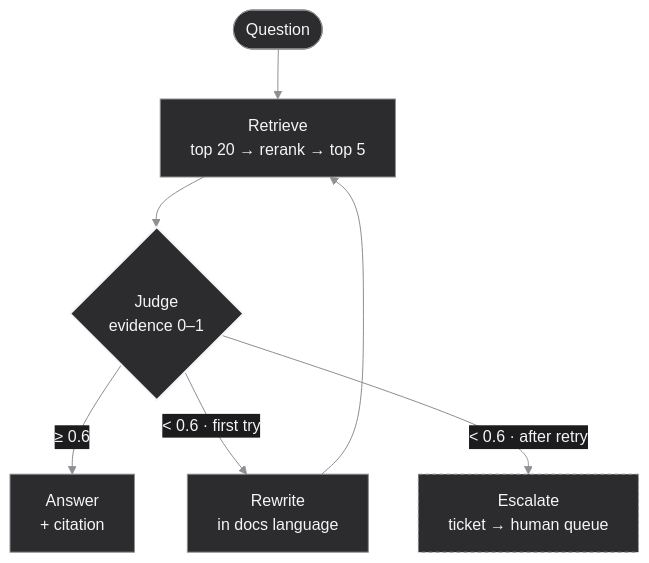
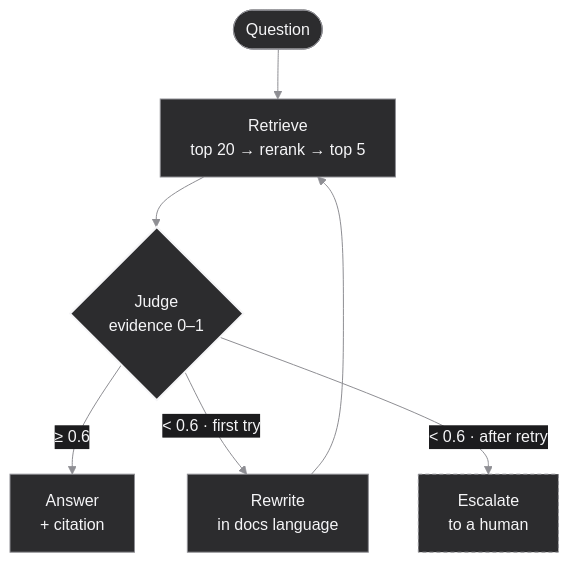
The first of 4 diagrams in README.md (ahmedali-aihub/ahmedali-aihub), drawn with Mermaid before and after one commit. The commit also changed other lines of this file, not shown here.

Commit message:
Let GitHub's Mermaid use its own font so labels measure correctly

````diff
--- a/README.md
+++ b/README.md
@@ -91,14 +91,14 @@
 ```mermaid
-%%{init: {'theme':'base','themeVariables':{'primaryColor':'#2c2c2e','primaryTextColor':'#f5f5f7','primaryBorderColor':'#8e8e93','lineColor':'#8e8e93','textColor':'#f5f5f7','secondaryColor':'#1c1c1e','tertiaryColor':'#1c1c1e','edgeLabelBackground':'#1c1c1e','clusterBkg':'#1c1c1e','clusterBorder':'#636366','fontFamily':'-apple-system,Segoe UI,Helvetica,Arial,sans-serif'}}}%%
+%%{init: {'theme':'base','themeVariables':{'primaryColor':'#2c2c2e','primaryTextColor':'#f5f5f7','primaryBorderColor':'#8e8e93','lineColor':'#8e8e93','textColor':'#f5f5f7','secondaryColor':'#1c1c1e','tertiaryColor':'#1c1c1e','edgeLabelBackground':'#1c1c1e','clusterBkg':'#1c1c1e','clusterBorder':'#636366'}}}%%
 flowchart TB
   Q([Question]) --> R["Retrieve<br/>top 20 → rerank → top 5"]
   R --> J{"Judge<br/>evidence 0–1"}
   J -- "≥ 0.6" --> A["Answer<br/>+ citation"]
   J -- "< 0.6 · first try" --> W["Rewrite<br/>in docs language"]
   W --> R
-  J -- "< 0.6 · after retry" --> E["Escalate<br/>ticket → human queue"]
+  J -- "< 0.6 · after retry" --> E["Escalate<br/>to a human"]
   classDef gate stroke:#f5f5f7,stroke-width:2px
   classDef handoff stroke-dasharray:4 3
   class J gate
   class E handoff
 ```
````
